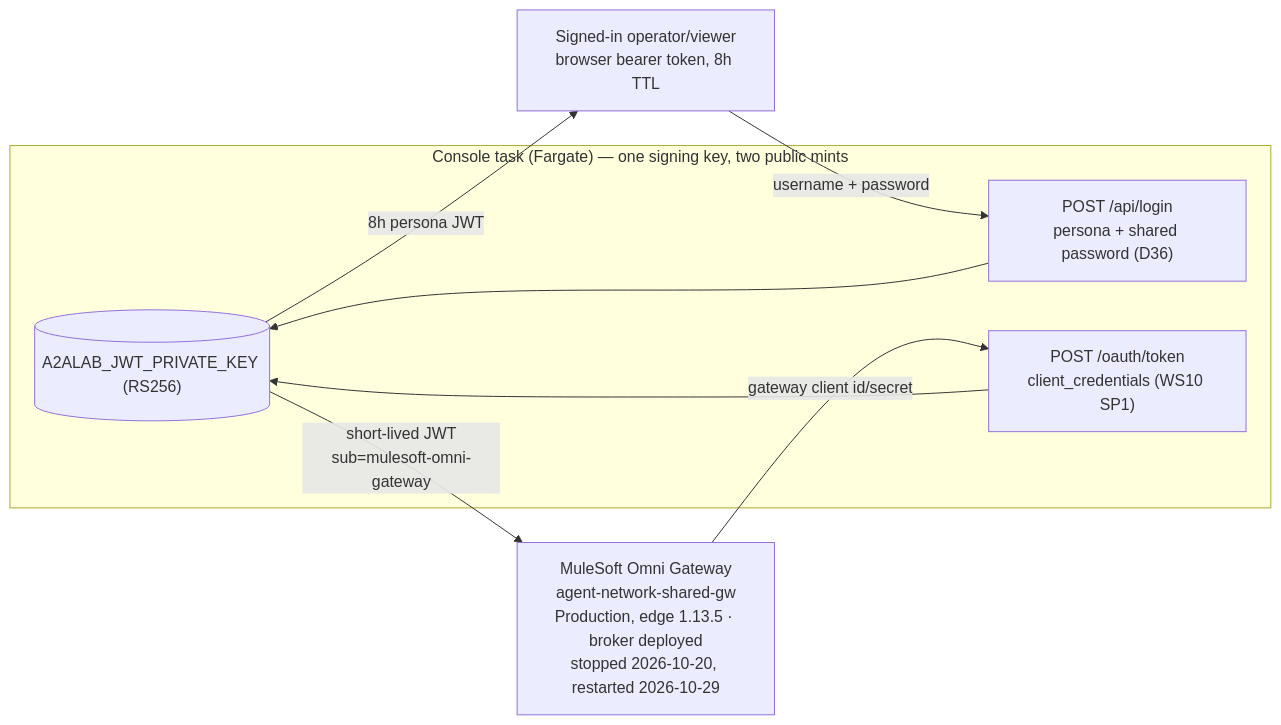
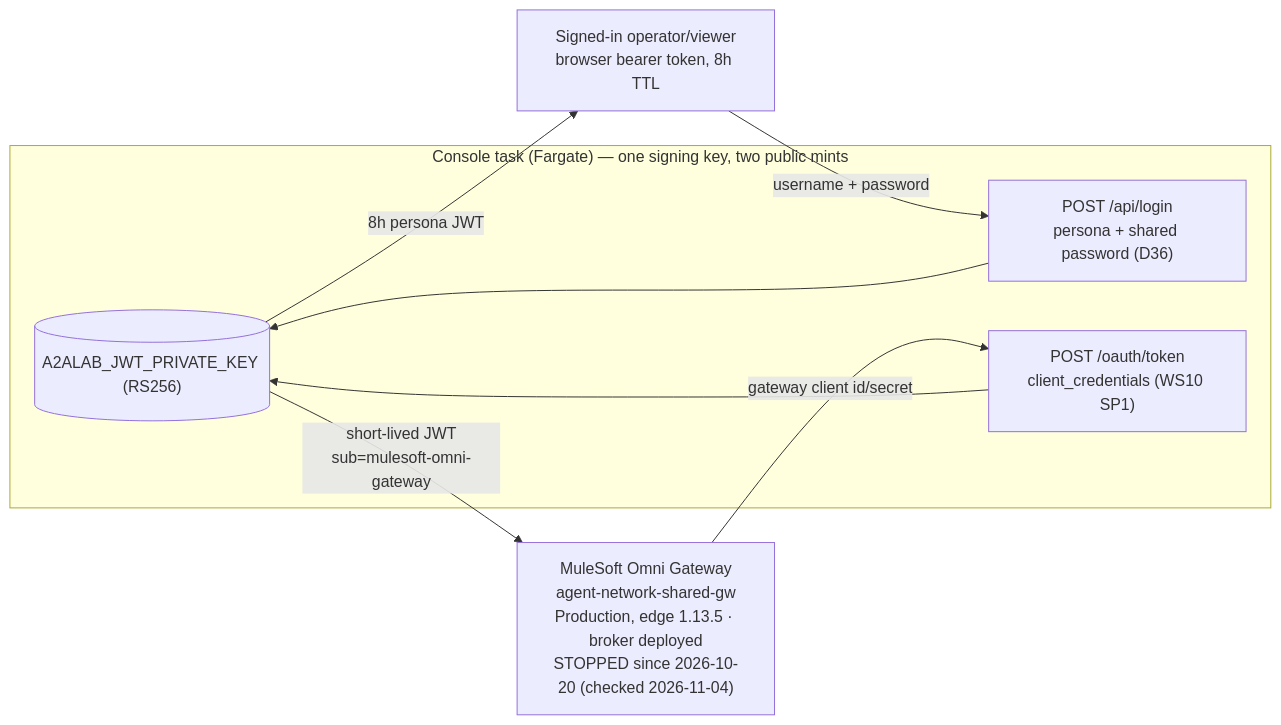
The ninth of 18 diagrams in plan/08-insights.md (congmingwudi/a2a-lab), drawn with Mermaid before and after one commit. The commit also changed other lines of this file and 9 other files, not shown here.

First line of the commit message:
Architecture sweep 2026-11-04: 15 stale claims fixed; WS10 on hold

````diff
--- a/plan/08-insights.md
+++ b/plan/08-insights.md
@@ -495,18 +495,18 @@
 ```mermaid
 flowchart LR
     subgraph CONSOLE["Console task (Fargate) — one signing key, two public mints"]
         KEY[("A2ALAB_JWT_PRIVATE_KEY (RS256)")]
         LOGIN["POST /api/login<br/>persona + shared password (D36)"]
         OAUTH["POST /oauth/token<br/>client_credentials (WS10 SP1)"]
         LOGIN --> KEY
         OAUTH --> KEY
     end
 
     HUMAN["Signed-in operator/viewer<br/>browser bearer token, 8h TTL"]
-    MULE["MuleSoft Omni Gateway<br/>agent-network-shared-gw<br/>Production, edge 1.13.5 · broker deployed<br/>stopped 2026-10-20, restarted 2026-10-29"]
+    MULE["MuleSoft Omni Gateway<br/>agent-network-shared-gw<br/>Production, edge 1.13.5 · broker deployed<br/>STOPPED since 2026-10-20 (checked 2026-11-04)"]
 
     HUMAN -- "username + password" --> LOGIN
     MULE -- "gateway client id/secret" --> OAUTH
     KEY -- "8h persona JWT" --> HUMAN
     KEY -- "short-lived JWT<br/>sub=mulesoft-omni-gateway" --> MULE
 ```
````
